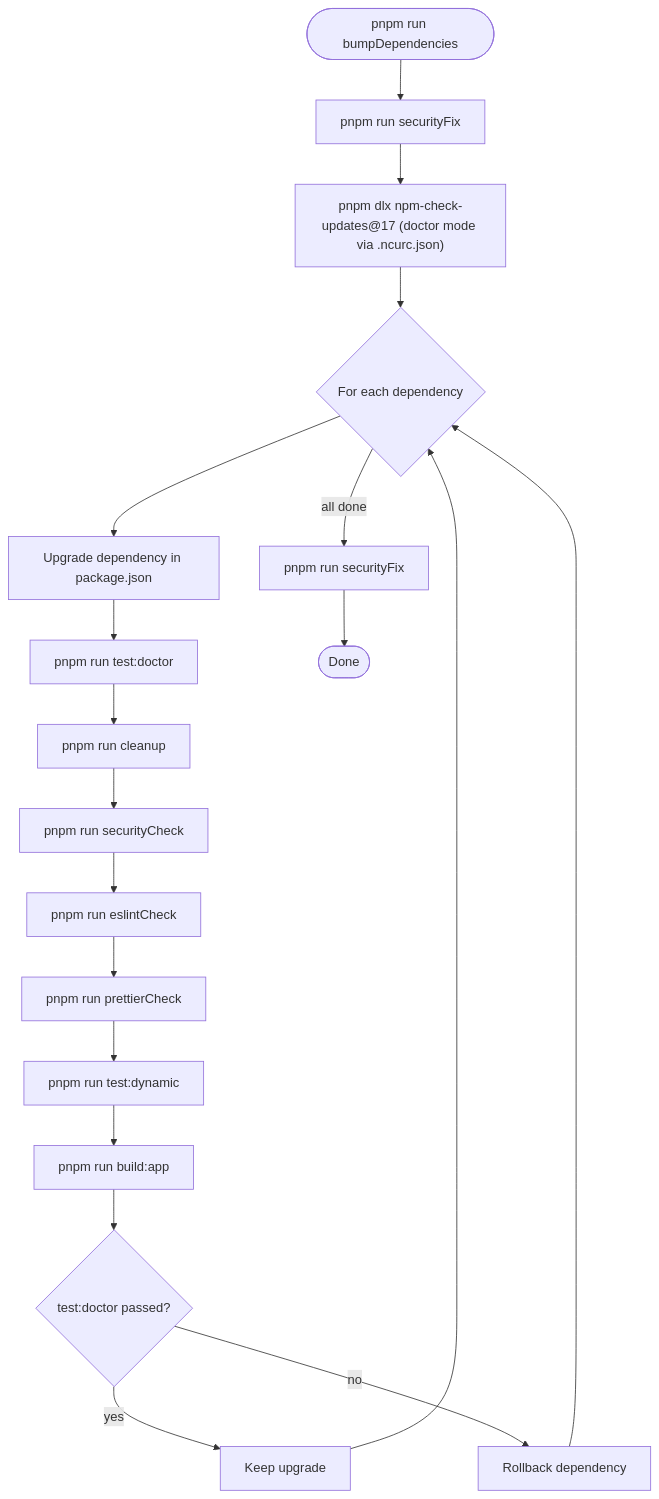
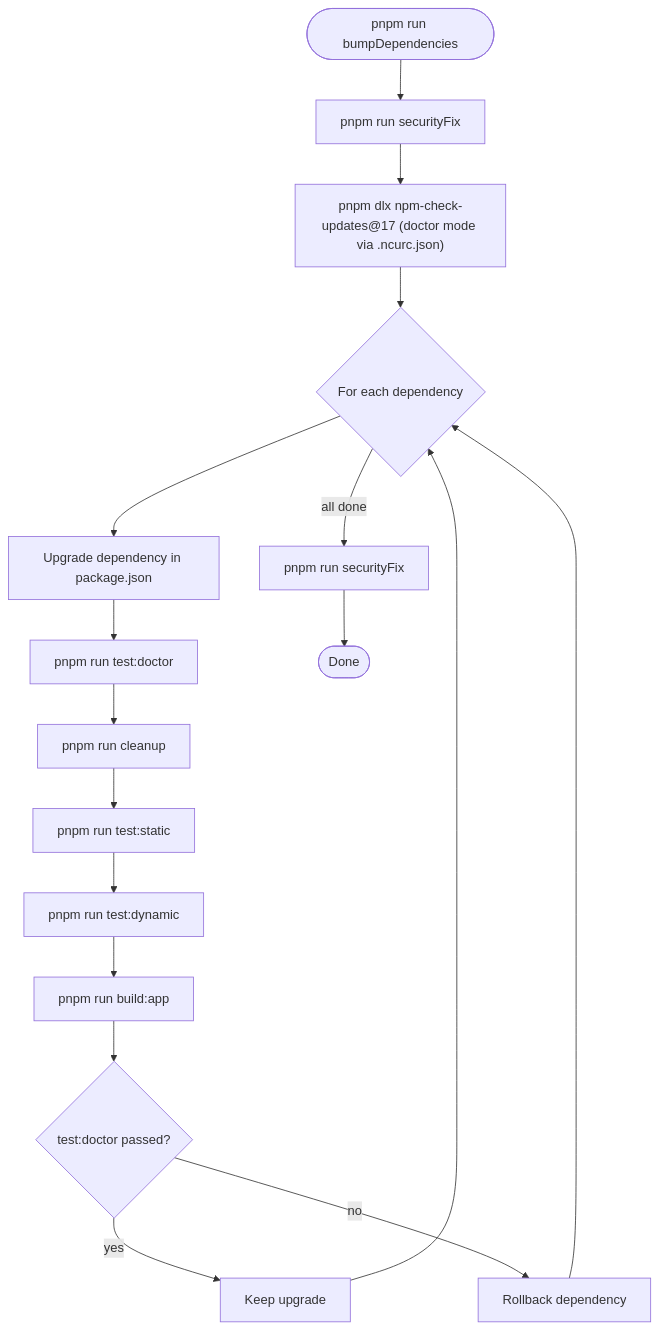
The second of 2 diagrams in docs/quality-gates.md (virgenherrera/nest-base), drawn with Mermaid before and after one commit. The commit also changed other lines of this file and 1 other file, not shown here.

First line of the commit message:
fix: test:doctor uses test:static composite for echo propagation

````diff
--- a/docs/quality-gates.md
+++ b/docs/quality-gates.md
@@ -146,25 +146,23 @@
 ```mermaid
 flowchart TD
     A([pnpm run bumpDependencies]) --> B[pnpm run securityFix]
     B --> C["pnpm dlx npm-check-updates@17 (doctor mode via .ncurc.json)"]
 
     C --> D{For each dependency}
     D --> E[Upgrade dependency in package.json]
     E --> F[pnpm run test:doctor]
 
     F --> G[pnpm run cleanup]
-    G --> H[pnpm run securityCheck]
-    H --> I[pnpm run eslintCheck]
-    I --> J[pnpm run prettierCheck]
-    J --> K[pnpm run test:dynamic]
+    G --> H[pnpm run test:static]
+    H --> K[pnpm run test:dynamic]
     K --> L[pnpm run build:app]
 
     L --> M{test:doctor passed?}
     M -- yes --> N[Keep upgrade]
     M -- no --> O[Rollback dependency]
     N --> D
     O --> D
 
     D -- all done --> P[pnpm run securityFix]
     P --> Q([Done])
 ```
````
